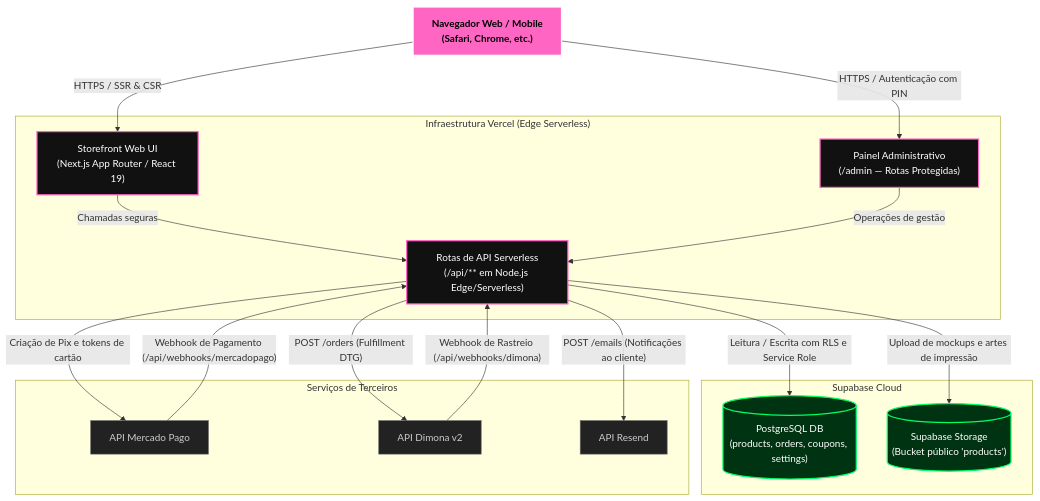
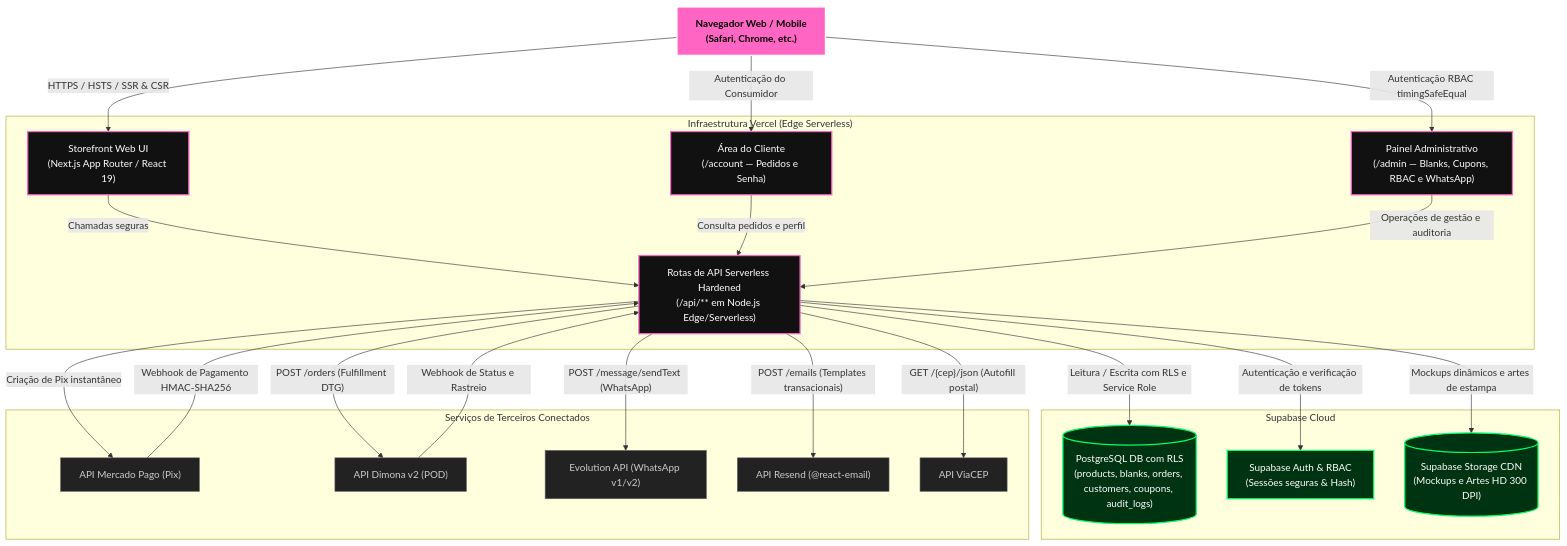
One commit to gviegas72/munaya-ecommerce changed the second of 4 diagrams in docs/arquitetura-c4-munaya.md. Above: the diagram before and after it, drawn with Mermaid. The commit also changed other lines of this file, not shown here.

Commit message:
docs: atualiza documentacao C4 em markdown com WhatsApp, Resend e Dimona Webhook

````diff
--- a/docs/arquitetura-c4-munaya.md
+++ b/docs/arquitetura-c4-munaya.md
@@ -44,42 +49,51 @@
 ```mermaid
 flowchart TB
     classDef user fill:#ff66c4,stroke:#ffffff,stroke-width:2px,color:#000000,font-weight:bold;
     classDef app fill:#111111,stroke:#ff66c4,stroke-width:2px,color:#ffffff;
     classDef db fill:#003311,stroke:#00ff66,stroke-width:2px,color:#ffffff;
     classDef ext fill:#222222,stroke:#666666,stroke-width:1px,color:#cccccc;
 
     CLIENT["Navegador Web / Mobile<br/>(Safari, Chrome, etc.)"]:::user
 
     subgraph VERCEL["Infraestrutura Vercel (Edge Serverless)"]
         SPA["Storefront Web UI<br/>(Next.js App Router / React 19)"]:::app
-        ADMIN_UI["Painel Administrativo<br/>(/admin — Rotas Protegidas)"]:::app
-        API_GATEWAY["Rotas de API Serverless<br/>(/api/** em Node.js Edge/Serverless)"]:::app
+        ACCOUNT_UI["Área do Cliente<br/>(/account — Pedidos e Senha)"]:::app
+        ADMIN_UI["Painel Administrativo<br/>(/admin — Blanks, Cupons, RBAC e WhatsApp)"]:::app
+        API_GATEWAY["Rotas de API Serverless Hardened<br/>(/api/** em Node.js Edge/Serverless)"]:::app
     end
 
     subgraph SUPABASE["Supabase Cloud"]
-        DB[("PostgreSQL DB<br/>(products, orders, coupons, settings)")]:::db
-        STORAGE[("Supabase Storage<br/>(Bucket público 'products')")]:::db
+        DB[("PostgreSQL DB com RLS<br/>(products, blanks, orders, customers, coupons, audit_logs)")]:::db
+        AUTH["Supabase Auth & RBAC<br/>(Sessões seguras & Hash)"]:::db
+        STORAGE[("Supabase Storage CDN<br/>(Mockups e Artes HD 300 DPI)")]:::db
     end
 
-    subgraph EXTERNAL_SERVICES["Serviços de Terceiros"]
-        MP_API["API Mercado Pago"]:::ext
-        DIMONA_API["API Dimona v2"]:::ext
-        RESEND_API["API Resend"]:::ext
+    subgraph EXTERNAL_SERVICES["Serviços de Terceiros Conectados"]
+        MP_API["API Mercado Pago (Pix)"]:::ext
+        DIMONA_API["API Dimona v2 (POD)"]:::ext
+        EVOLUTION_API["Evolution API (WhatsApp v1/v2)"]:::ext
+        RESEND_API["API Resend (@react-email)"]:::ext
+        VIACEP_API["API ViaCEP"]:::ext
     end
 
-    CLIENT -->|"HTTPS / SSR & CSR"| SPA
-    CLIENT -->|"HTTPS / Autenticação com PIN"| ADMIN_UI
+    CLIENT -->|"HTTPS / HSTS / SSR & CSR"| SPA
+    CLIENT -->|"Autenticação do Consumidor"| ACCOUNT_UI
+    CLIENT -->|"Autenticação RBAC timingSafeEqual"| ADMIN_UI
 
     SPA -->|"Chamadas seguras"| API_GATEWAY
-    ADMIN_UI -->|"Operações de gestão"| API_GATEWAY
+    ACCOUNT_UI -->|"Consulta pedidos e perfil"| API_GATEWAY
+    ADMIN_UI -->|"Operações de gestão e auditoria"| API_GATEWAY
 
     API_GATEWAY -->|"Leitura / Escrita com RLS e Service Role"| DB
-    API_GATEWAY -->|"Upload de mockups e artes de impressão"| STORAGE
+    API_GATEWAY -->|"Autenticação e verificação de tokens"| AUTH
+    API_GATEWAY -->|"Mockups dinâmicos e artes de estampa"| STORAGE
 
-    API_GATEWAY -->|"Criação de Pix e tokens de cartão"| MP_API
+    API_GATEWAY -->|"Criação de Pix instantâneo"| MP_API
     API_GATEWAY -->|"POST /orders (Fulfillment DTG)"| DIMONA_API
-    API_GATEWAY -->|"POST /emails (Notificações ao cliente)"| RESEND_API
+    API_GATEWAY -->|"POST /message/sendText (WhatsApp)"| EVOLUTION_API
+    API_GATEWAY -->|"POST /emails (Templates transacionais)"| RESEND_API
+    API_GATEWAY -->|"GET /{cep}/json (Autofill postal)"| VIACEP_API
 
-    MP_API -->|"Webhook de Pagamento (/api/webhooks/mercadopago)"| API_GATEWAY
-    DIMONA_API -->|"Webhook de Rastreio (/api/webhooks/dimona)"| API_GATEWAY
+    MP_API -->|"Webhook de Pagamento HMAC-SHA256"| API_GATEWAY
+    DIMONA_API -->|"Webhook de Status e Rastreio"| API_GATEWAY
 ```
````
